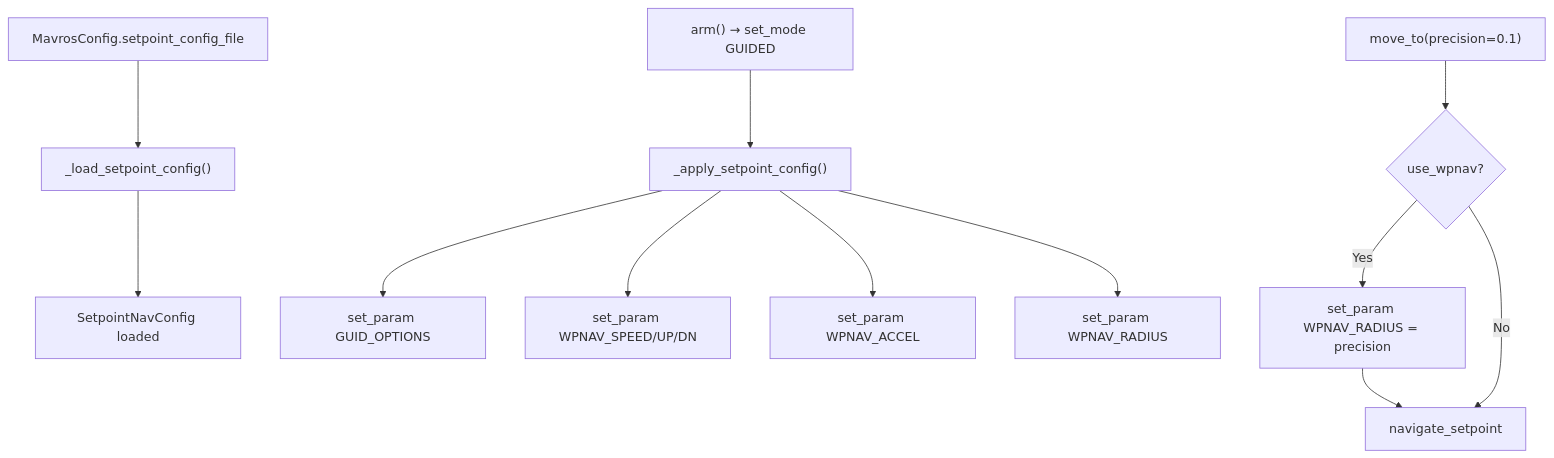
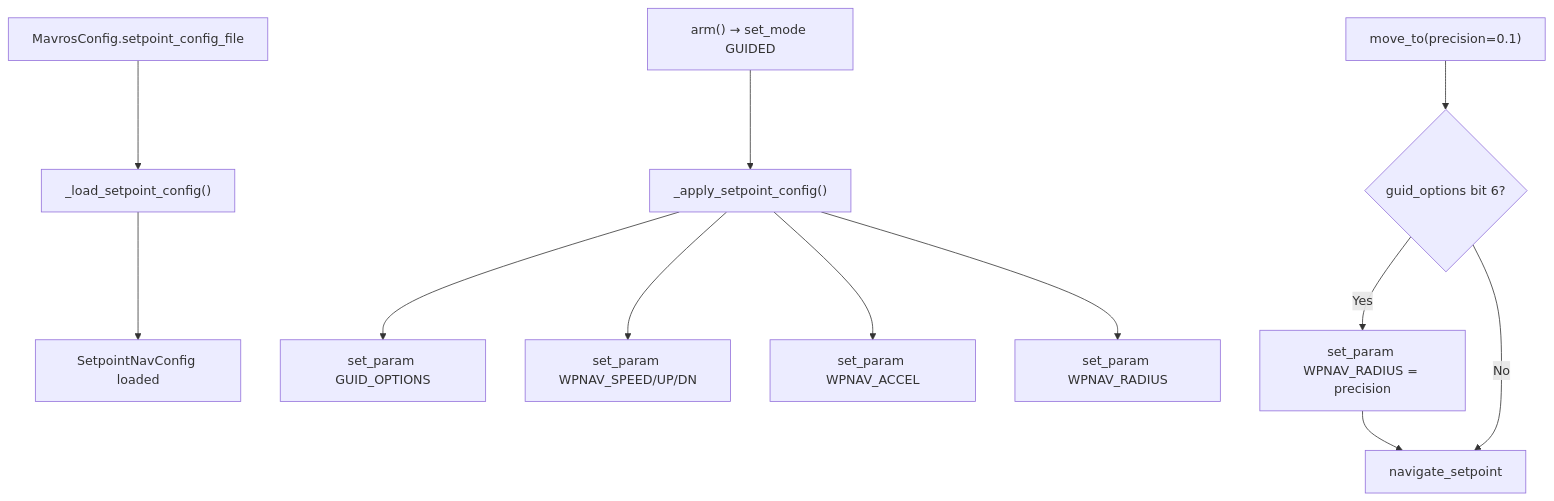
The third of 3 diagrams in nectar/nectar/control/mavros/README.md (Black-Bee-Drones/nectar-sdk), drawn with Mermaid before and after one commit. The commit also changed other lines of this file and 2 other files, not shown here.

Commit message:
refactor: guid_options param, cached wpnav_radious and type

````diff
--- a/nectar/nectar/control/mavros/README.md
+++ b/nectar/nectar/control/mavros/README.md
@@ -725,14 +726,14 @@
 ```mermaid
 flowchart TD
     A["MavrosConfig.setpoint_config_file"] --> B["_load_setpoint_config()"]
     B --> C["SetpointNavConfig loaded"]
     D["arm() → set_mode GUIDED"] --> E["_apply_setpoint_config()"]
     E --> F["set_param GUID_OPTIONS"]
     E --> G["set_param WPNAV_SPEED/UP/DN"]
     E --> H["set_param WPNAV_ACCEL"]
     E --> I["set_param WPNAV_RADIUS"]
-    J["move_to(precision=0.1)"] --> K{"use_wpnav?"}
+    J["move_to(precision=0.1)"] --> K{"guid_options bit 6?"}
     K -->|Yes| L["set_param WPNAV_RADIUS = precision"]
     L --> M["navigate_setpoint"]
     K -->|No| M
 ```
````
